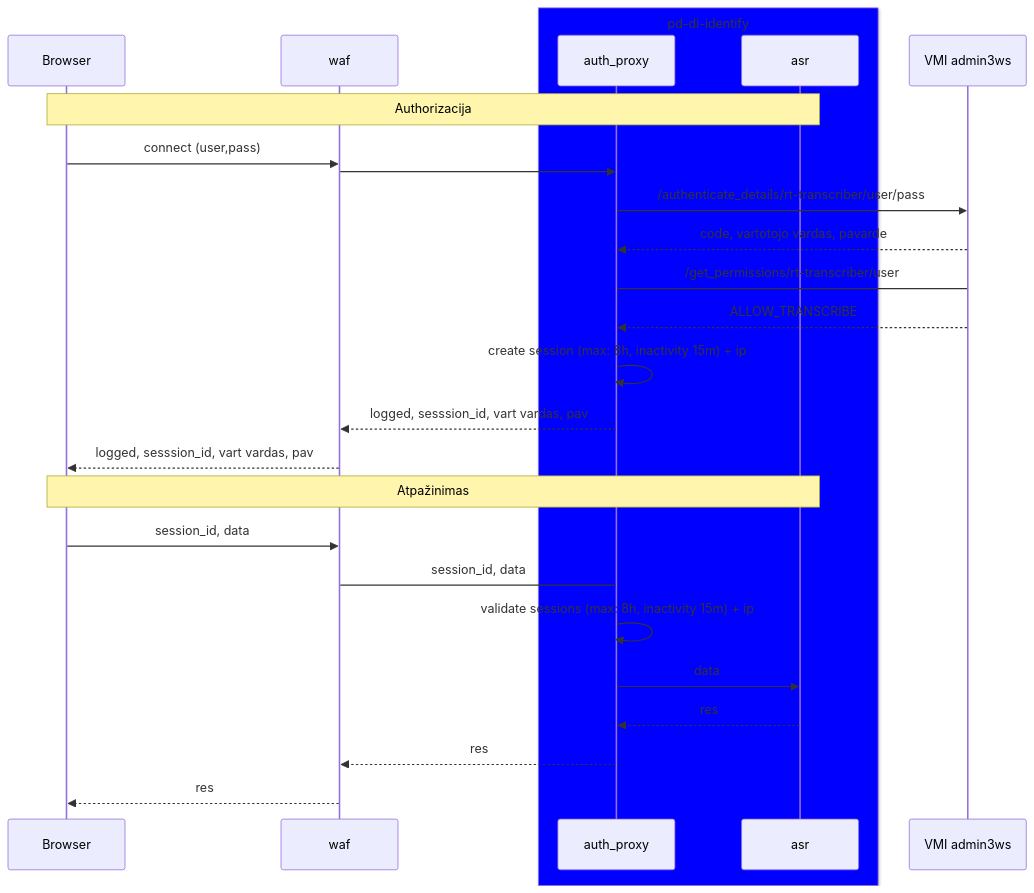
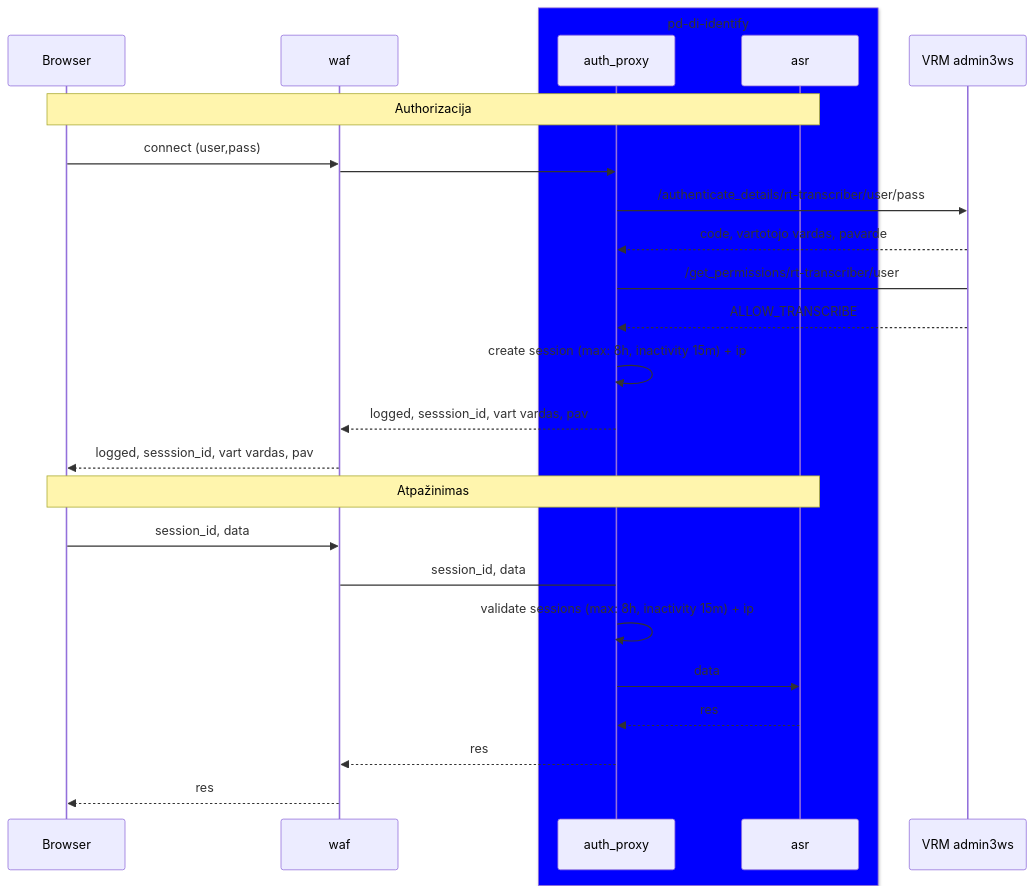
The diagram in docs/schema.md (airenas/speech-to-data), drawn with Mermaid before and after one commit.

````diff
--- a/docs/schema.md
+++ b/docs/schema.md
@@ -3,39 +3,39 @@
 ```mermaid
 sequenceDiagram
     participant user as Browser
     participant waf
     box blue pd-di-identify
     participant auth_proxy
 %%    participant redis
     participant asr
     end
-    participant auth as VMI admin3ws
+    participant auth as VRM admin3ws
     
     Note over user,asr: Authorizacija
 
     user->>waf: connect (user,pass)
     waf->>auth_proxy: 
     auth_proxy->> auth: /authenticate_details/rt-transcriber/user/pass
     auth -->> auth_proxy: code, vartotojo vardas, pavarde
     auth_proxy-> auth: /get_permissions/rt-transcriber/user
     auth -->> auth_proxy: ALLOW_TRANSCRIBE
     auth_proxy->> auth_proxy: create session (max: 8h, inactivity 15m) + ip
 %%    auth_proxy->> redis: store encrypted data (key: ip + session_id)
 %%    redis --> auth_proxy: 
     auth_proxy -->> waf: logged, sesssion_id, vart vardas, pav
     waf -->> user: logged, sesssion_id, vart vardas, pav
 
 
     Note over user,asr: Atpažinimas
     user->>waf: session_id, data
     waf->auth_proxy: session_id, data
 %%    auth_proxy->> redis: auth_proxy->> redis: get session (key: ip + session_id)
 %%    redis --> auth_proxy: 
     auth_proxy->> auth_proxy: validate sessions (max: 8h, inactivity 15m) + ip
 %%    auth_proxy->> redis: mark last used time
 %%    redis -->> auth_proxy: 
     auth_proxy->> asr: data
     asr -->> auth_proxy: res
     auth_proxy -->> waf: res
     waf -->> user: res
 ```    
````
